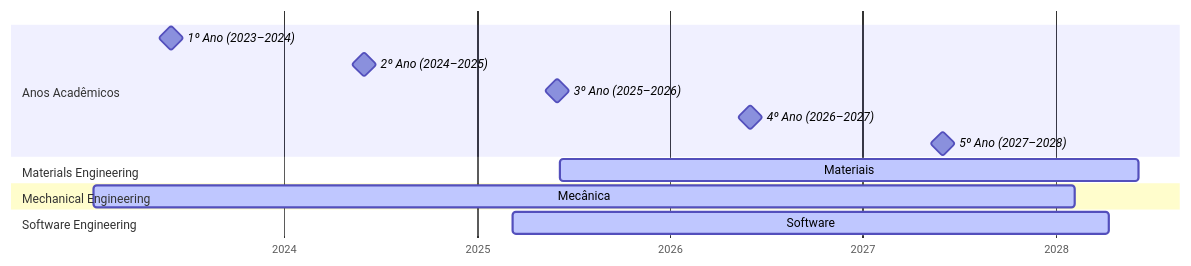
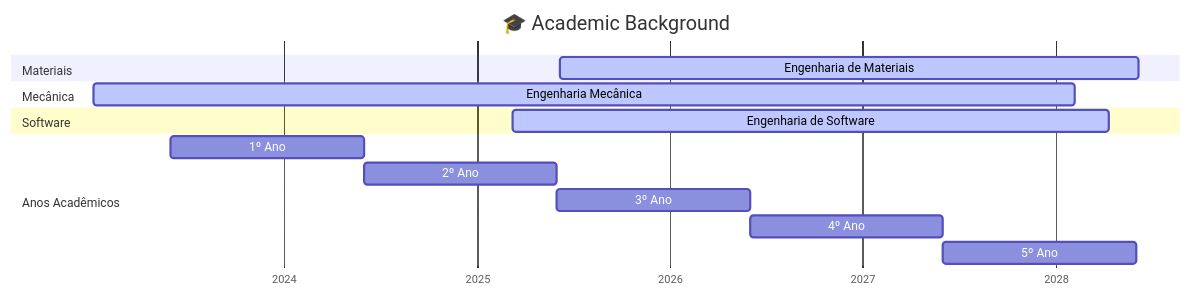
One commit to delblerferreira/delblerferreira changed the first of 3 diagrams in README.md. Above: the diagram before and after it, drawn with Mermaid.

````diff
--- a/README.md
+++ b/README.md
@@ -31,21 +31,23 @@
 ```mermaid
 gantt
     dateFormat  YYYY-MM-DD
     axisFormat  %Y
 
+    title 🎓 Academic Background
+
+    section Materiais
+    Engenharia de Materiais     :active, materials, 2025-06-06, 2028-06-06
+
+    section Mecânica
+    Engenharia Mecânica         :active, mechanical, 2023-01-06, 2028-02-06
+
+    section Software
+    Engenharia de Software      :active, software, 2025-03-10, 2028-04-10
+
     section Anos Acadêmicos
-    1º Ano (2023–2024)         :milestone, a1, 2023-06-01, 1d
-    2º Ano (2024–2025)         :milestone, a2, 2024-06-01, 1d
-    3º Ano (2025–2026)         :milestone, a3, 2025-06-01, 1d
-    4º Ano (2026–2027)         :milestone, a4, 2026-06-01, 1d
-    5º Ano (2027–2028)         :milestone, a5, 2027-06-01, 1d
-
-    section Materials Engineering
-    Materiais                  :active, materials, 2025-06-06, 2028-06-06
-
-    section Mechanical Engineering
-    Mecânica                   :active, mechanical, 2023-01-06, 2028-02-06
-
-    section Software Engineering
-    Software                   :active, software, 2025-03-10, 2028-04-10
+    1º Ano                      :a1, 2023-06-01, 1y
+    2º Ano                      :a2, 2024-06-01, 1y
+    3º Ano                      :a3, 2025-06-01, 1y
+    4º Ano                      :a4, 2026-06-01, 1y
+    5º Ano                      :a5, 2027-06-01, 1y
 ```
````
